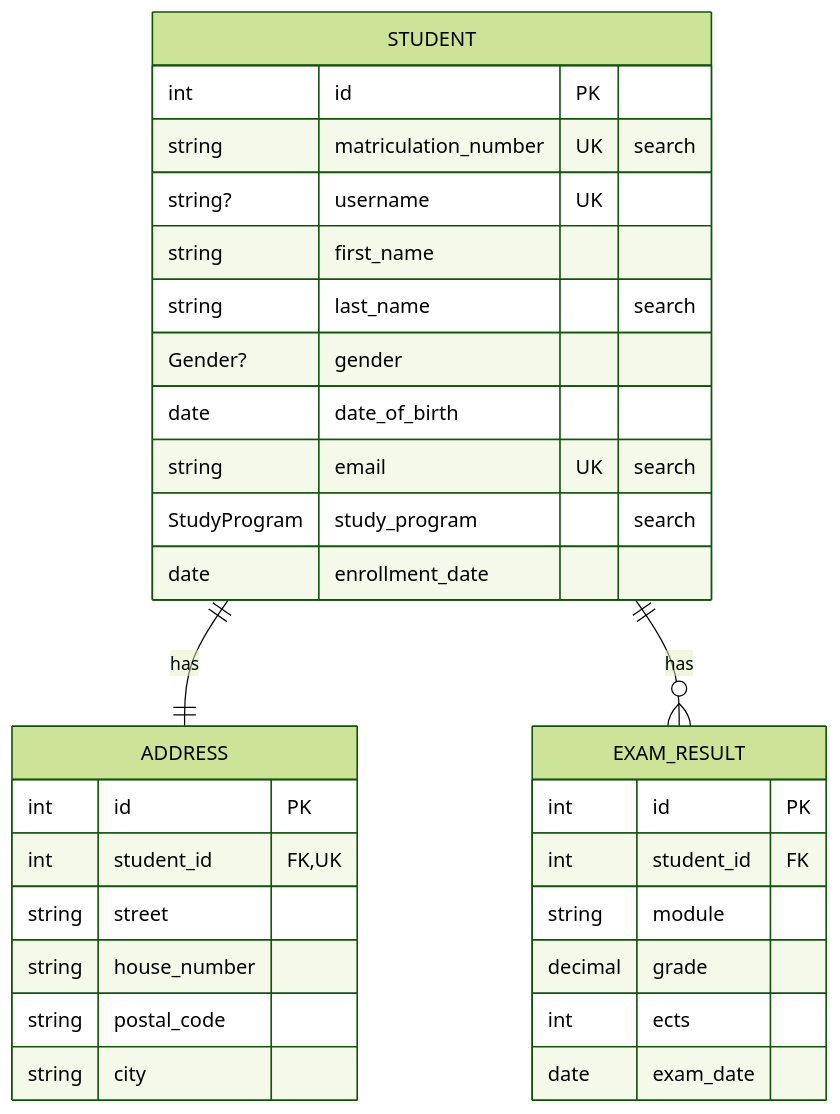
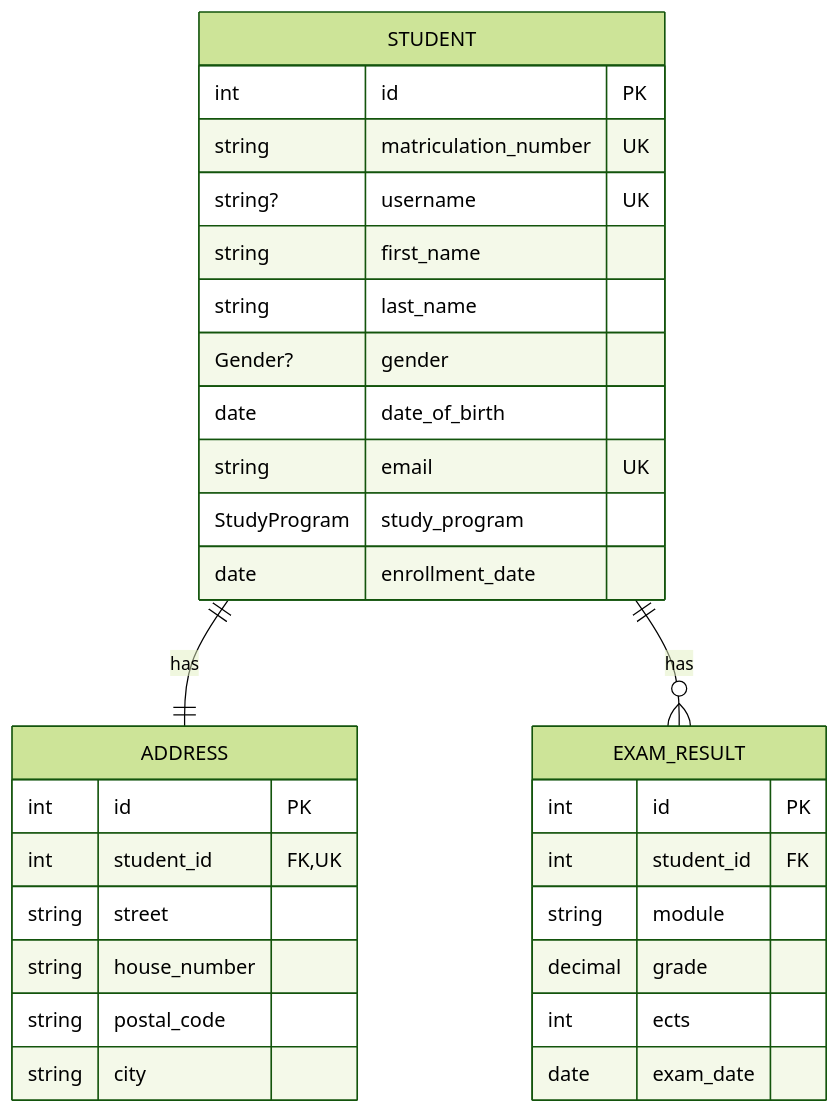
One commit to buda1037/software-engineering changed the diagram in docs/student/data-model.md. Above: the diagram before and after it, drawn with Mermaid (forest theme). The commit also changed 10 other files, not shown here.

````diff
--- a/docs/student/data-model.md
+++ b/docs/student/data-model.md
@@ -3,33 +3,33 @@
 ```mermaid
 erDiagram
     STUDENT ||--|| ADDRESS : has
     STUDENT ||--o{ EXAM_RESULT : has
     STUDENT {
         int id PK
-        string matriculation_number UK "search"
+        string matriculation_number UK
         string? username UK
         string first_name
-        string last_name "search"
+        string last_name
         Gender? gender
         date date_of_birth
-        string email UK "search"
-        StudyProgram study_program "search"
+        string email UK
+        StudyProgram study_program
         date enrollment_date
     }
     ADDRESS {
         int id PK
         int student_id FK, UK
         string street
         string house_number
         string postal_code
         string city
     }
     EXAM_RESULT {
         int id PK
         int student_id FK
         string module
         decimal grade
         int ects
         date exam_date
     }
 ```
````
